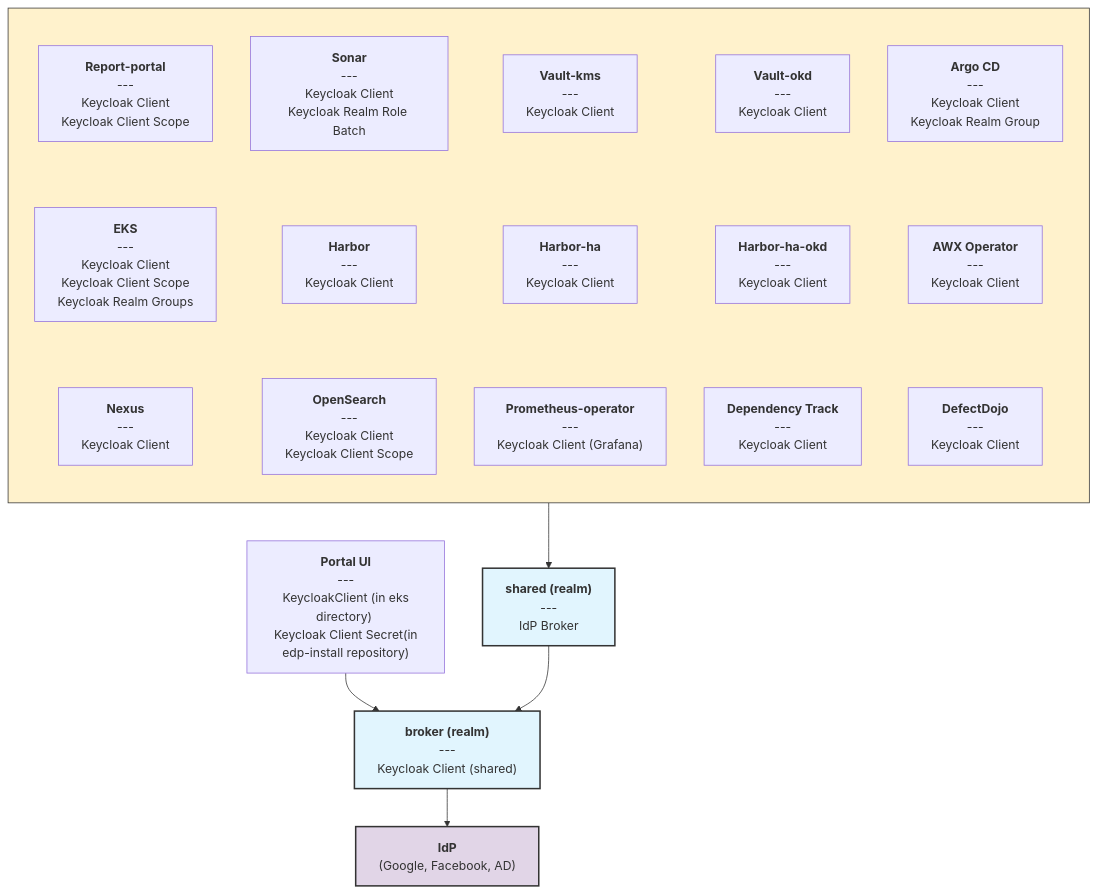
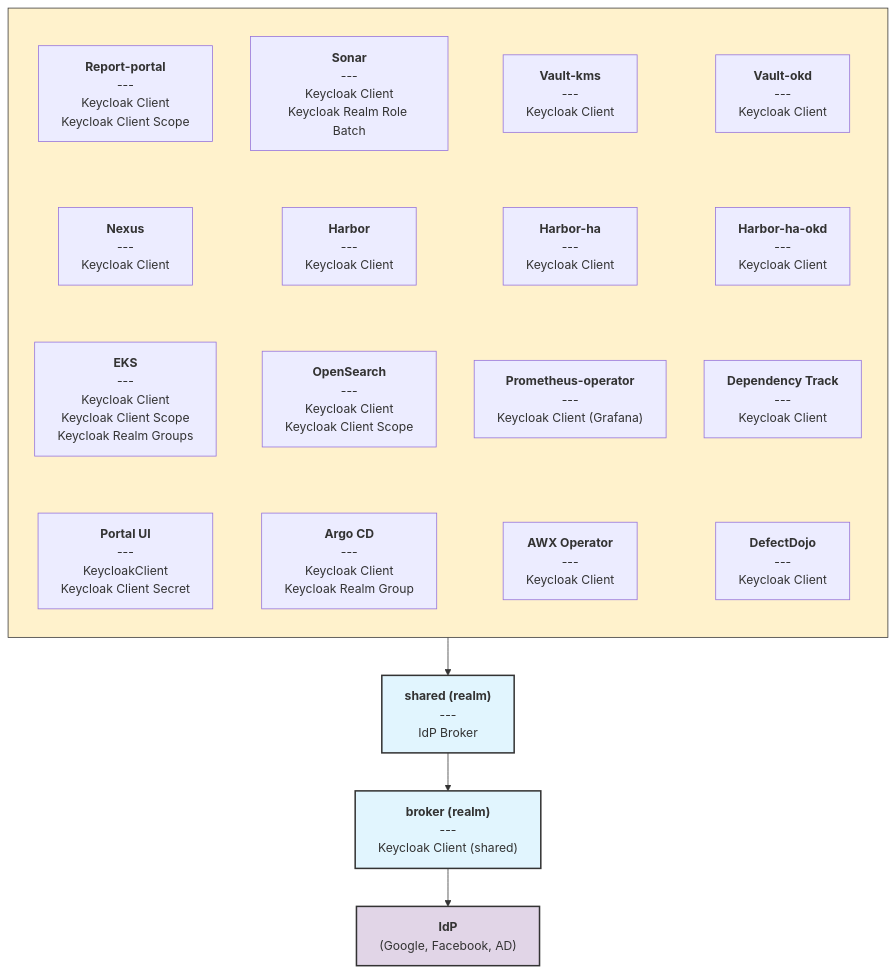
Before and after one commit to KubeRocketCI/docs: the first of 2 diagrams in docs/operator-guide/auth/platform-auth-model.md, drawn with Mermaid. The commit also changed other lines of this file and 9 other files, not shown here.

````diff
--- a/docs/operator-guide/auth/platform-auth-model.md
+++ b/docs/operator-guide/auth/platform-auth-model.md
@@ -13,40 +13,41 @@
 ```mermaid
 graph TD;
     style integrated_services fill:#FFF2CC,stroke:#333,stroke-width:1px
     style shared_realm fill:#e1f5fe,stroke:#333,stroke-width:2px
     style broker_realm fill:#e1f5fe,stroke:#333,stroke-width:2px
     style IdP fill:#E1D5E7,stroke:#333,stroke-width:2px,dashed
 
     subgraph integrated_services [" "]
         direction TB
         Report-Portal["<b>Report-portal</b><br>---<br>Keycloak Client<br> Keycloak Client Scope"]
         Sonar["<b>Sonar</b><br>---<br>Keycloak Client<br>Keycloak Realm Role Batch"]
         Vault-kms["<b>Vault-kms</b><br> --- <br> Keycloak Client"]
         Vault-okd["<b>Vault-okd</b><br> --- <br> Keycloak Client"]
         ArgoCD["<b>Argo CD</b><br> --- <br> Keycloak Client <br> Keycloak Realm Group"]
 
         EKS["<b>EKS</b><br> --- <br> Keycloak Client <br> Keycloak Client Scope <br> Keycloak Realm Groups"]
         Harbor["<b>Harbor</b><br> --- <br> Keycloak Client"]
         Harbor-ha["<b>Harbor-ha</b><br> --- <br> Keycloak Client"]
         Harbor-ha-okd["<b>Harbor-ha-okd</b><br> --- <br> Keycloak Client"]
         AWX-operator["<b>AWX Operator</b><br> --- <br> Keycloak Client"]
 
         Nexus["<b>Nexus</b><br> --- <br> Keycloak Client"]
         OpenSearch["<b>OpenSearch</b><br> --- <br> Keycloak Client <br> Keycloak Client Scope"]
         Prometheus-operator["<b>Prometheus-operator</b><br> --- <br> Keycloak Client (Grafana)"]
         DependencyTrack["<b>Dependency Track</b><br> --- <br> Keycloak Client"]
         DefectDojo["<b>DefectDojo</b><br> --- <br> Keycloak Client"]
 
-        Report-Portal ~~~ EKS ~~~ Nexus
-        Sonar ~~~ Harbor ~~~ OpenSearch
-        Vault-kms ~~~ Harbor-ha ~~~ Prometheus-operator
-        Vault-okd ~~~ Harbor-ha-okd ~~~ DependencyTrack
-        ArgoCD ~~~ AWX-operator ~~~ DefectDojo
+        Portal["<b>Portal UI</b><br> --- <br> KeycloakClient <br> Keycloak Client Secret"]
+
+        %% Define the new 4x4 grid layout
+        Report-Portal ~~~ Nexus ~~~ EKS ~~~ Portal
+        Sonar ~~~ Harbor ~~~ OpenSearch ~~~ ArgoCD
+        Vault-kms ~~~ Harbor-ha ~~~ Prometheus-operator ~~~ AWX-operator
+        Vault-okd ~~~ Harbor-ha-okd ~~~ DependencyTrack ~~~ DefectDojo
     end
 
     integrated_services --> shared_realm["<b>shared (realm)</b><br> --- <br> IdP Broker"]
 
-    Portal["<b>Portal UI</b><br> --- <br> KeycloakClient (in eks directory) <br> Keycloak Client Secret(in edp-install repository)"] --> broker_realm["broker (realm)"]
     shared_realm --> broker_realm["<b>broker (realm)</b><br> --- <br> Keycloak Client (shared)"]
     broker_realm --> IdP["<b>IdP</b><br> (Google, Facebook, AD)"]
 ```
````
